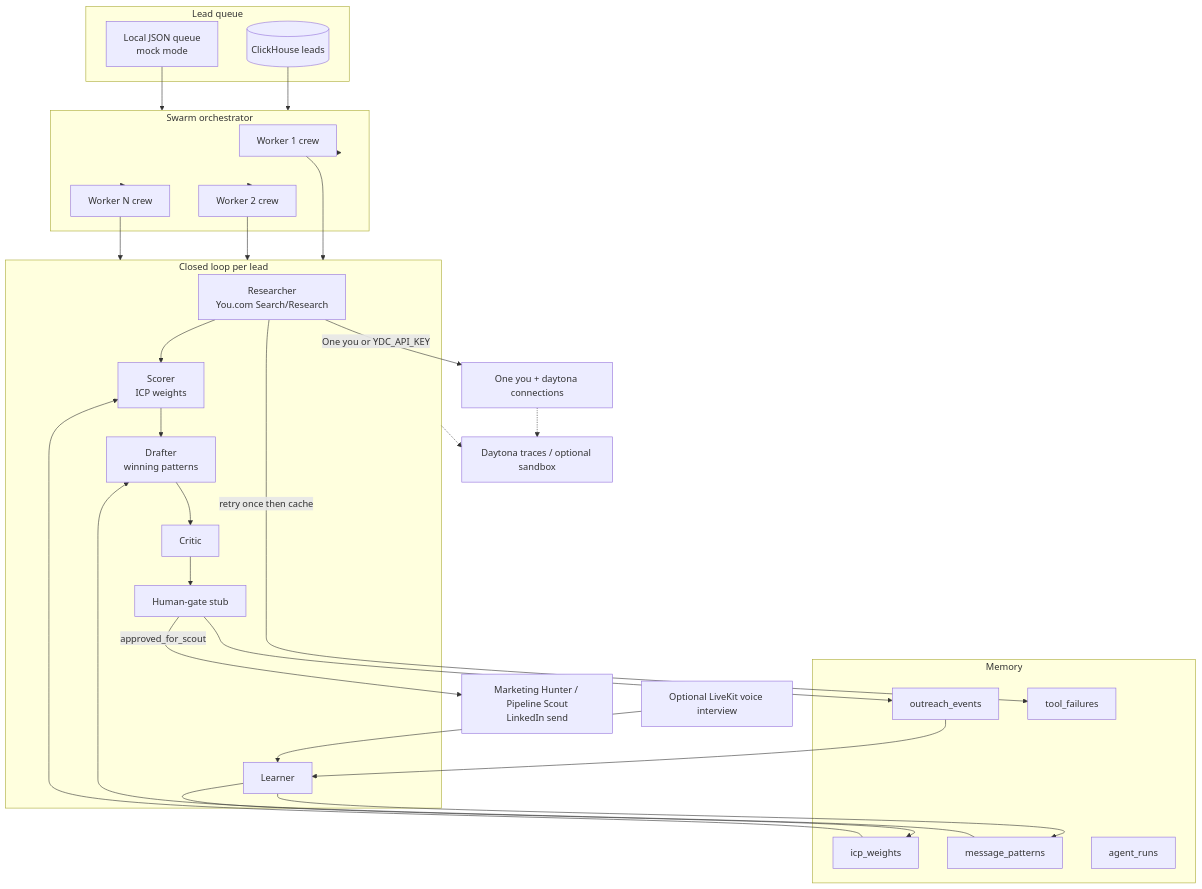
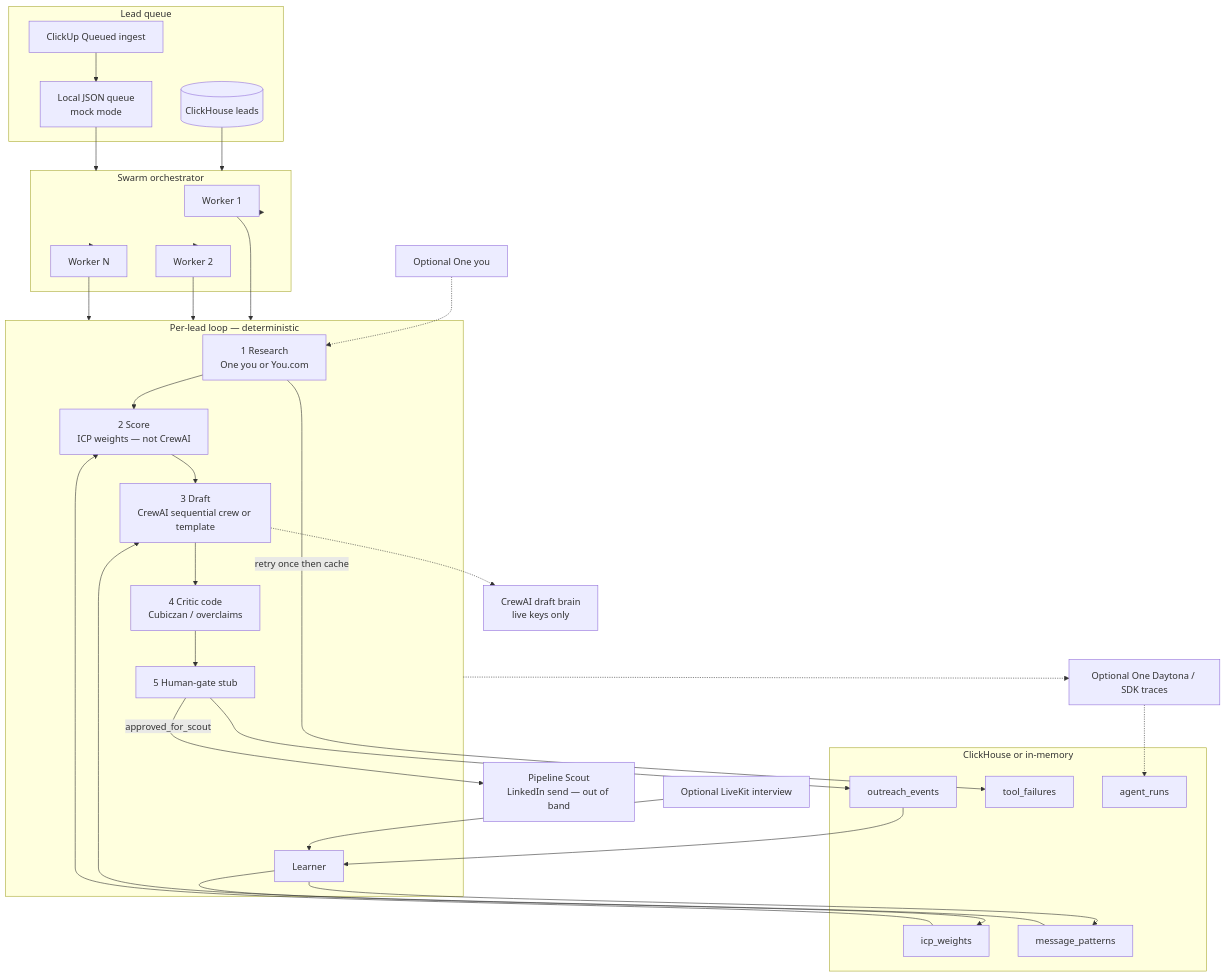
The first of 2 diagrams in README.md (Cubiczan/self-improving-outreach), drawn with Mermaid before and after one commit. The commit also changed other lines of this file, not shown here.

````diff
--- a/README.md
+++ b/README.md
@@ -9,52 +78,56 @@
 ```mermaid
 flowchart TB
   subgraph queue [Lead queue]
     CH[(ClickHouse leads)]
     JSON[Local JSON queue<br/>mock mode]
+    CU[ClickUp Queued ingest]
   end
 
   subgraph swarm [Swarm orchestrator]
-    W1[Worker 1 crew]
-    W2[Worker 2 crew]
-    WN[Worker N crew]
+    W1[Worker 1]
+    W2[Worker 2]
+    WN[Worker N]
   end
 
-  subgraph crew [Closed loop per lead]
-    R[Researcher<br/>You.com Search/Research]
-    S[Scorer<br/>ICP weights]
-    D[Drafter<br/>winning patterns]
-    C[Critic]
-    G[Human-gate stub]
+  subgraph worker [Per-lead loop — deterministic]
+    R[1 Research<br/>One you or You.com]
+    S[2 Score<br/>ICP weights — not CrewAI]
+    D[3 Draft<br/>CrewAI sequential crew or template]
+    C[4 Critic code<br/>Cubiczan / overclaims]
+    G[5 Human-gate stub]
     L[Learner]
   end
 
-  subgraph memory [Memory]
+  subgraph memory [ClickHouse or in-memory]
     WTS[icp_weights]
     PAT[message_patterns]
     EV[outreach_events]
     FAIL[tool_failures]
     RUNS[agent_runs]
   end
 
-  Scout[Marketing Hunter / Pipeline Scout<br/>LinkedIn send]
-  One[One you + daytona connections]
-  Daytona[Daytona traces / optional sandbox]
-  Voice[Optional LiveKit voice interview]
+  Crew[CrewAI draft brain<br/>live keys only]
+  OneYou[Optional One you]
+  Daytona[Optional One Daytona / SDK traces]
+  Scout[Pipeline Scout<br/>LinkedIn send — out of band]
+  Voice[Optional LiveKit interview]
 
+  CU --> JSON
   CH --> swarm
   JSON --> swarm
   swarm --> W1 & W2 & WN
-  W1 & W2 & WN --> crew
-  R -->|One you or YDC_API_KEY| One
+  W1 & W2 & WN --> worker
+  OneYou -.-> R
   R -->|retry once then cache| FAIL
   R --> S --> D --> C --> G --> EV
+  D -.-> Crew
   G -->|approved_for_scout| Scout
   EV --> L
   L --> WTS
   L --> PAT
   PAT --> D
   WTS --> S
   Voice --> L
-  crew -.-> Daytona
-  One -.-> Daytona
+  worker -.-> Daytona
+  Daytona -.-> RUNS
 ```
````
